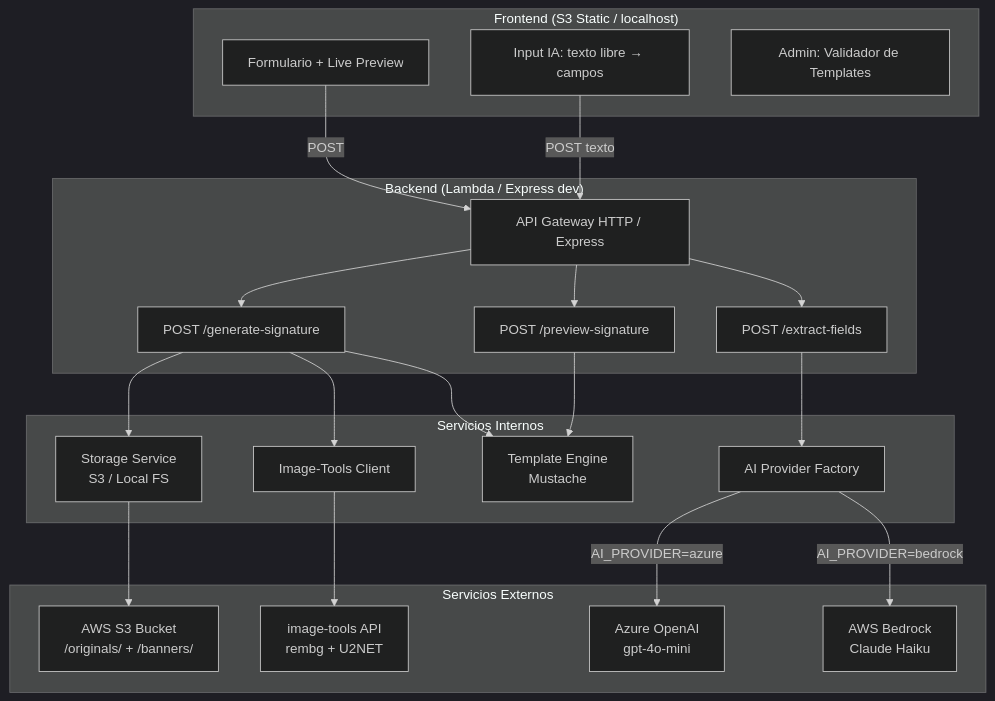
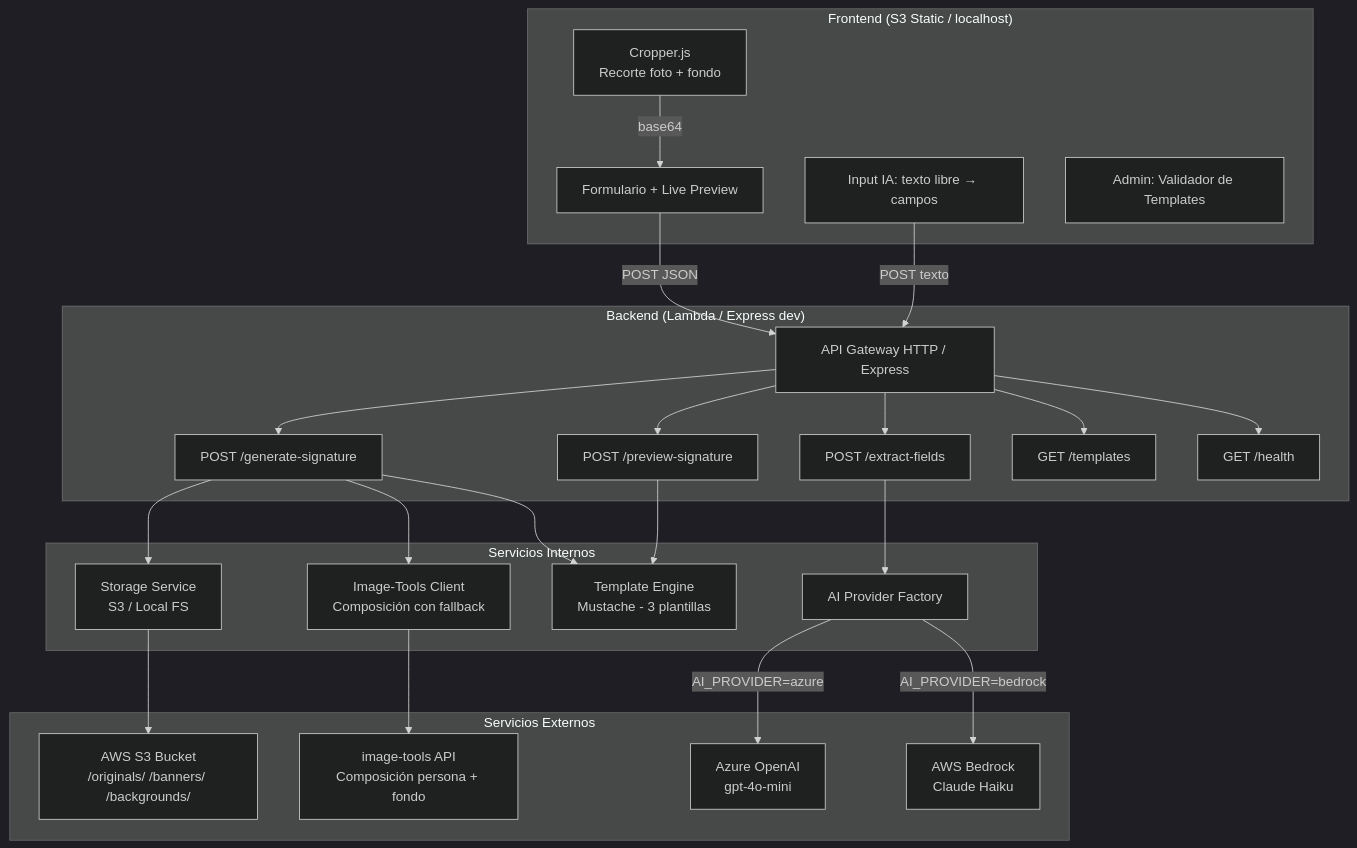
One commit to StalinMazaEpn/kiro-email-signature-generator changed the first of 4 diagrams in docs/architecture.md. Above: the diagram before and after it, drawn with Mermaid (dark theme). The commit also changed other lines of this file and 3 other files, not shown here.

````diff
--- a/docs/architecture.md
+++ b/docs/architecture.md
@@ -5,46 +5,52 @@
 ```mermaid
 graph TD
     subgraph Frontend ["Frontend (S3 Static / localhost)"]
         UI[Formulario + Live Preview]
+        CROP[Cropper.js<br/>Recorte foto + fondo]
         AI_INPUT[Input IA: texto libre → campos]
         ADMIN[Admin: Validador de Templates]
     end
 
     subgraph Backend ["Backend (Lambda / Express dev)"]
         APIGW[API Gateway HTTP / Express]
         GEN[POST /generate-signature]
         PREV[POST /preview-signature]
         EXTRACT[POST /extract-fields]
+        TPLS[GET /templates]
+        HEALTH[GET /health]
     end
 
     subgraph Services ["Servicios Internos"]
-        TMPL[Template Engine<br/>Mustache]
+        TMPL[Template Engine<br/>Mustache - 3 plantillas]
         STORE[Storage Service<br/>S3 / Local FS]
-        IMGCLI[Image-Tools Client]
+        IMGCLI[Image-Tools Client<br/>Composición con fallback]
         AIPROV[AI Provider Factory]
     end
 
     subgraph External ["Servicios Externos"]
-        S3[AWS S3 Bucket<br/>/originals/ + /banners/]
-        IMGTOOLS[image-tools API<br/>rembg + U2NET]
+        S3[AWS S3 Bucket<br/>/originals/ /banners/ /backgrounds/]
+        IMGTOOLS[image-tools API<br/>Composición persona + fondo]
         AZURE[Azure OpenAI<br/>gpt-4o-mini]
         BEDROCK[AWS Bedrock<br/>Claude Haiku]
     end
 
-    UI -->|POST| APIGW
+    UI -->|POST JSON| APIGW
+    CROP -->|base64| UI
     AI_INPUT -->|POST texto| APIGW
     APIGW --> GEN
     APIGW --> PREV
     APIGW --> EXTRACT
+    APIGW --> TPLS
+    APIGW --> HEALTH
 
     GEN --> STORE
     GEN --> IMGCLI
     GEN --> TMPL
     PREV --> TMPL
     EXTRACT --> AIPROV
 
     STORE --> S3
     IMGCLI --> IMGTOOLS
     AIPROV -->|AI_PROVIDER=azure| AZURE
     AIPROV -->|AI_PROVIDER=bedrock| BEDROCK
 ```
````
